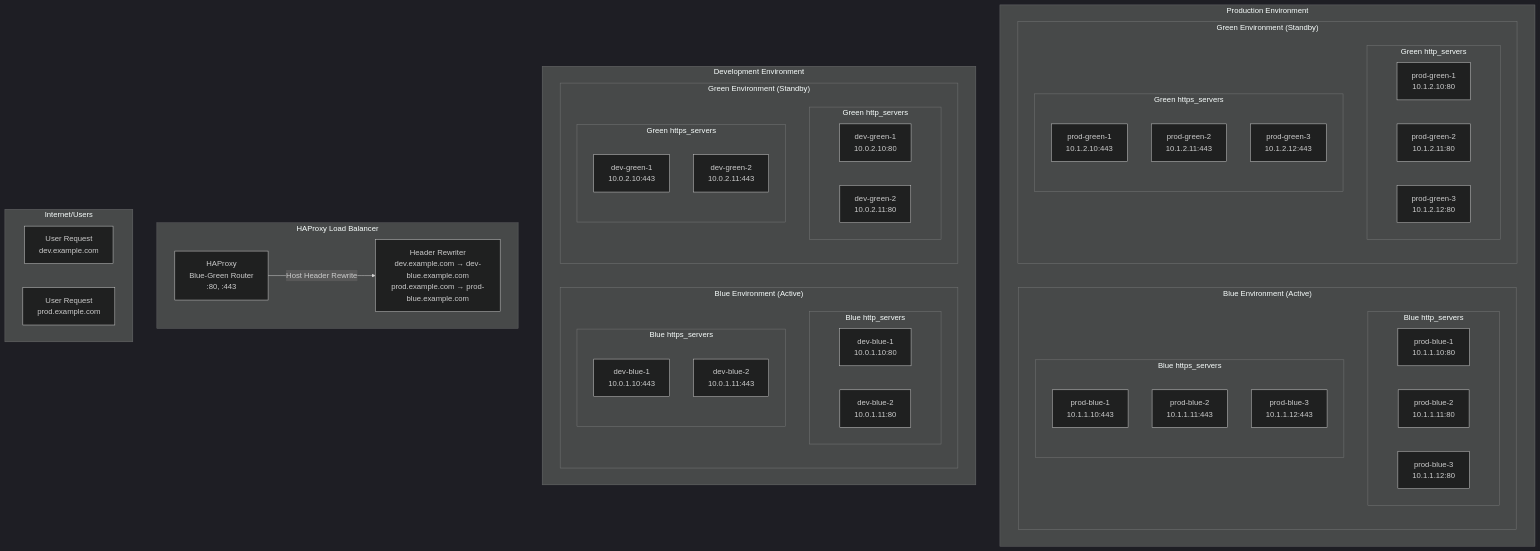
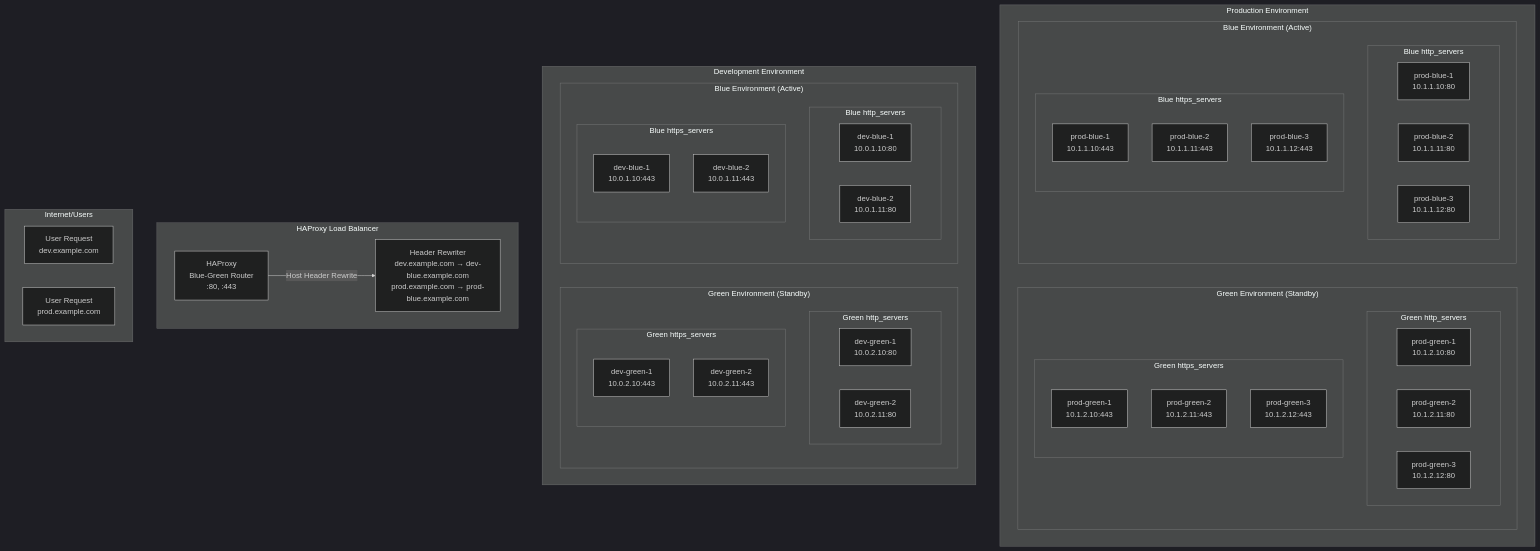
Before and after one commit to cadjai/ocp4-cluster-workload-migration: the diagram in HAPROXY-BLUE-GREEN-README.md, drawn with Mermaid (dark theme).

Commit message:
edit diagram

````diff
--- a/HAPROXY-BLUE-GREEN-README.md
+++ b/HAPROXY-BLUE-GREEN-README.md
@@ -26,65 +26,64 @@
 ```mermaid
 graph TB
     subgraph "Production Environment"
+        subgraph "Green Environment (Standby)"
+            subgraph "Green http_servers"
+                PG1[prod-green-1<br/>10.1.2.10:80]
+                PG2[prod-green-2<br/>10.1.2.11:80]
+                PG3[prod-green-3<br/>10.1.2.12:80]
+            end
+            
+            subgraph "Green https_servers"
+                PG4[prod-green-1<br/>10.1.2.10:443]
+                PG5[prod-green-2<br/>10.1.2.11:443]
+                PG6[prod-green-3<br/>10.1.2.12:443]
+            end
+        end
         subgraph "Blue Environment (Active)"
             subgraph "Blue http_servers"
                 PB1[prod-blue-1<br/>10.1.1.10:80]
                 PB2[prod-blue-2<br/>10.1.1.11:80]
                 PB3[prod-blue-3<br/>10.1.1.12:80]
             end
             
             subgraph "Blue https_servers"
                 PB4[prod-blue-1<br/>10.1.1.10:443]
                 PB5[prod-blue-2<br/>10.1.1.11:443]
                 PB6[prod-blue-3<br/>10.1.1.12:443]
             end
         end
-        
-        subgraph "Green Environment (Standby)"
-            subgraph "Green http_servers"
-                PG1[prod-green-1<br/>10.1.2.10:80]
-                PG2[prod-green-2<br/>10.1.2.11:80]
-                PG3[prod-green-3<br/>10.1.2.12:80]
-            end
-            
-            subgraph "Green https_servers"
-                PG4[prod-green-1<br/>10.1.2.10:443]
-                PG5[prod-green-2<br/>10.1.2.11:443]
-                PG6[prod-green-3<br/>10.1.2.12:443]
-            end
-        end
     end
 
     subgraph "Development Environment"
+        subgraph "Green Environment (Standby)"
+            subgraph "Green http_servers"
+                DG1[dev-green-1<br/>10.0.2.10:80]
+                DG2[dev-green-2<br/>10.0.2.11:80]
+            end
+            subgraph "Green https_servers"
+                DG3[dev-green-1<br/>10.0.2.10:443]
+                DG4[dev-green-2<br/>10.0.2.11:443]
+            end
+        end
         subgraph "Blue Environment (Active)"
             subgraph "Blue http_servers"
                 DB1[dev-blue-1<br/>10.0.1.10:80]
                 DB2[dev-blue-2<br/>10.0.1.11:80]
             end
             subgraph "Blue https_servers"
                 DB3[dev-blue-1<br/>10.0.1.10:443]
                 DB4[dev-blue-2<br/>10.0.1.11:443]
-            end
-        end
-        subgraph "Green Environment (Standby)"
-            subgraph "Green http_servers"
-                DG1[dev-green-1<br/>10.0.2.10:80]
-                DG2[dev-green-2<br/>10.0.2.11:80]
-            end
-            subgraph "Green https_servers"
-                DG3[dev-green-1<br/>10.0.2.10:443]
-                DG4[dev-green-2<br/>10.0.2.11:443]
             end
         end
     end
     
     subgraph "HAProxy Load Balancer"
         H[HAProxy<br/>Blue-Green Router<br/>:80, :443]
         H --> |"Host Header Rewrite"| HR[Header Rewriter<br/>dev.example.com → dev-blue.example.com<br/>prod.example.com → prod-blue.example.com]
     end
     
     subgraph "Internet/Users"
         U1[User Request<br/>dev.example.com]
         U2[User Request<br/>prod.example.com]
     end
 ```
````
